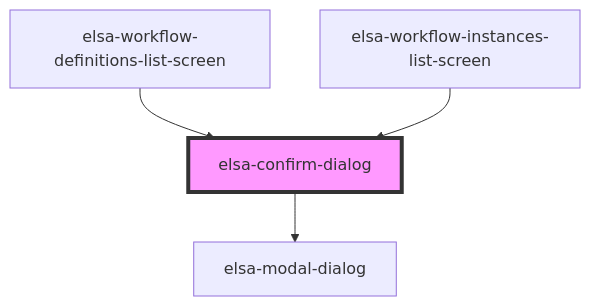
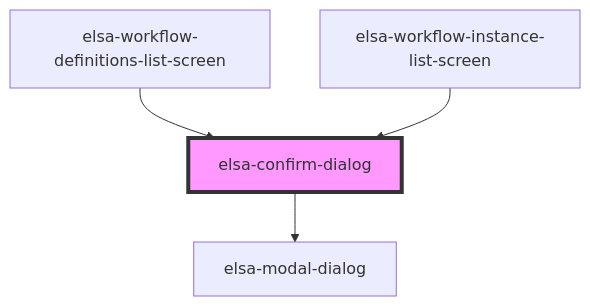
The diagram in src/designer/elsa-workflows-studio/src/components/shared/elsa-confirm-dialog/readme.md (elsa-workflows/elsa-core), drawn with Mermaid before and after one commit. The commit also changed other lines of this file and 22 other files, not shown here.

````diff
--- a/src/designer/elsa-workflows-studio/src/components/shared/elsa-confirm-dialog/readme.md
+++ b/src/designer/elsa-workflows-studio/src/components/shared/elsa-confirm-dialog/readme.md
@@ -43,7 +43,7 @@
 ```mermaid
 graph TD;
   elsa-confirm-dialog --> elsa-modal-dialog
   elsa-workflow-definitions-list-screen --> elsa-confirm-dialog
-  elsa-workflow-instances-list-screen --> elsa-confirm-dialog
+  elsa-workflow-instance-list-screen --> elsa-confirm-dialog
   style elsa-confirm-dialog fill:#f9f,stroke:#333,stroke-width:4px
 ```
````
